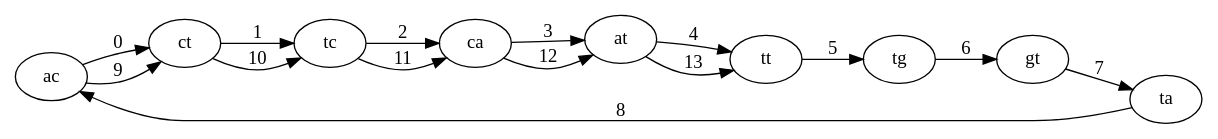
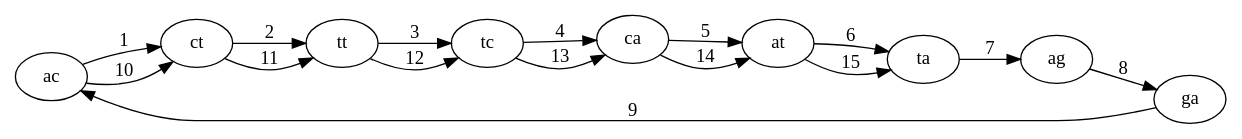
One commit to bioinf/Sibelia changed the diagram in report/graph2.dot. Above: the diagram before and after it, drawn with Graphviz. The commit also changed 9 other files, not shown here.

```diff
--- a/report/graph2.dot
+++ b/report/graph2.dot
@@ -1,18 +1,19 @@
 digraph G
 {
 rankdir=LR
-ac -> ct [color="black", label="0"];
-ct -> tc [color="black", label="1"];
-tc -> ca [color="black", label="2"];
-ca -> at [color="black", label="3"];
-at -> tt [color="black", label="4"];
-tt -> tg [color="black", label="5"];
-tg -> gt [color="black", label="6"];
-gt -> ta [color="black", label="7"];
-ta -> ac [color="black", label="8"];
-ac -> ct [color="black", label="9"];
-ct -> tc [color="black", label="10"];
-tc -> ca [color="black", label="11"];
-ca -> at [color="black", label="12"];
-at -> tt [color="black", label="13"];
+ac -> ct [color="black", label="1"];
+ct -> tt [color="black", label="2"];
+tt -> tc [color="black", label="3"];
+tc -> ca [color="black", label="4"];
+ca -> at [color="black", label="5"];
+at -> ta [color="black", label="6"];
+ta -> ag [color="black", label="7"];
+ag -> ga [color="black", label="8"];
+ga -> ac [color="black", label="9"];
+ac -> ct [color="black", label="10"];
+ct -> tt [color="black", label="11"];
+tt -> tc [color="black", label="12"];
+tc -> ca [color="black", label="13"];
+ca -> at [color="black", label="14"];
+at -> ta [color="black", label="15"];
 }
```
